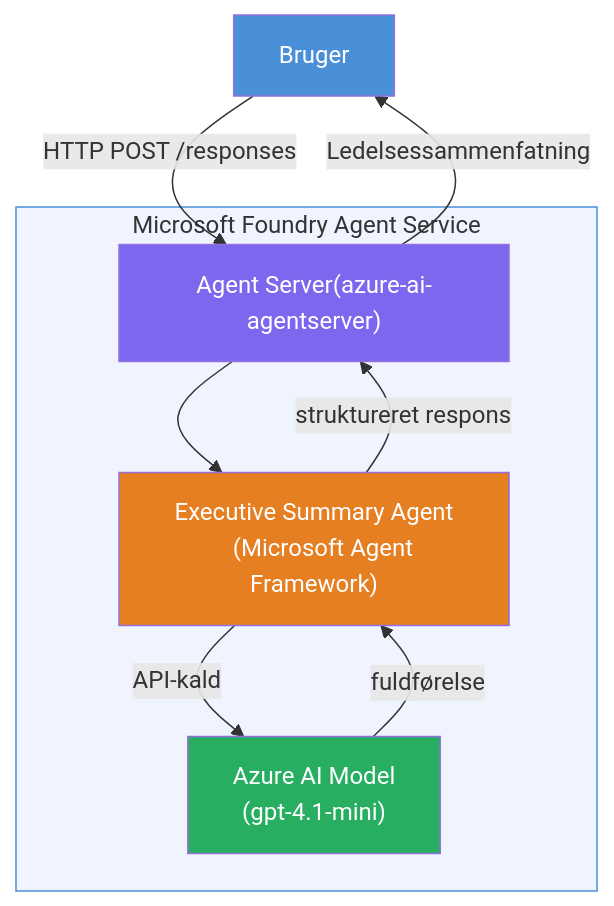
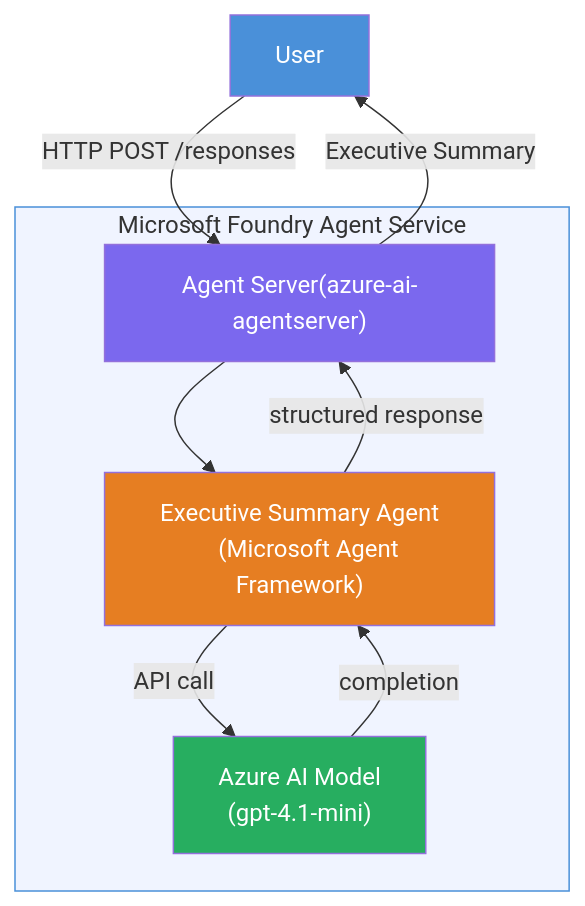
Before and after one commit to microsoft-foundry/Foundry_Toolkit_for_VSCode_Lab: the diagram in translations/da/workshop/lab01-single-agent/README.md, drawn with Mermaid. The commit also changed other lines of this file and 83 other files, not shown here.

````diff
--- a/translations/da/workshop/lab01-single-agent/README.md
+++ b/translations/da/workshop/lab01-single-agent/README.md
@@ -15,23 +15,23 @@
 ```mermaid
 flowchart TD
-    A["Bruger"] -->|HTTP POST /responses| B["Agent Server(azure-ai-agentserver)"]
+    A["User"] -->|HTTP POST /responses| B["Agent Server(azure-ai-agentserver)"]
     B --> C["Executive Summary Agent
     (Microsoft Agent Framework)"]
-    C -->|API-kald| D["Azure AI Model
+    C -->|API call| D["Azure AI Model
     (gpt-4.1-mini)"]
-    D -->|fuldførelse| C
-    C -->|struktureret respons| B
-    B -->|Ledelsessammenfatning| A
+    D -->|completion| C
+    C -->|structured response| B
+    B -->|Executive Summary| A
 
     subgraph Azure ["Microsoft Foundry Agent Service"]
         B
         C
         D
     end
 
     style A fill:#4A90D9,color:#fff
     style B fill:#7B68EE,color:#fff
     style C fill:#E67E22,color:#fff
     style D fill:#27AE60,color:#fff
     style Azure fill:#f0f4ff,stroke:#4A90D9
 ```
````
